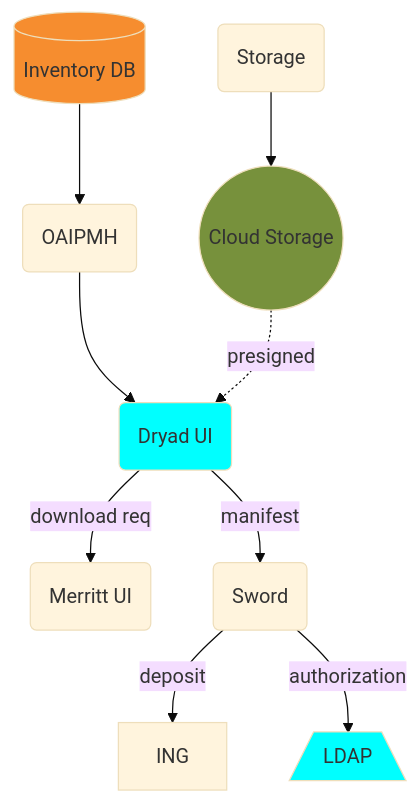
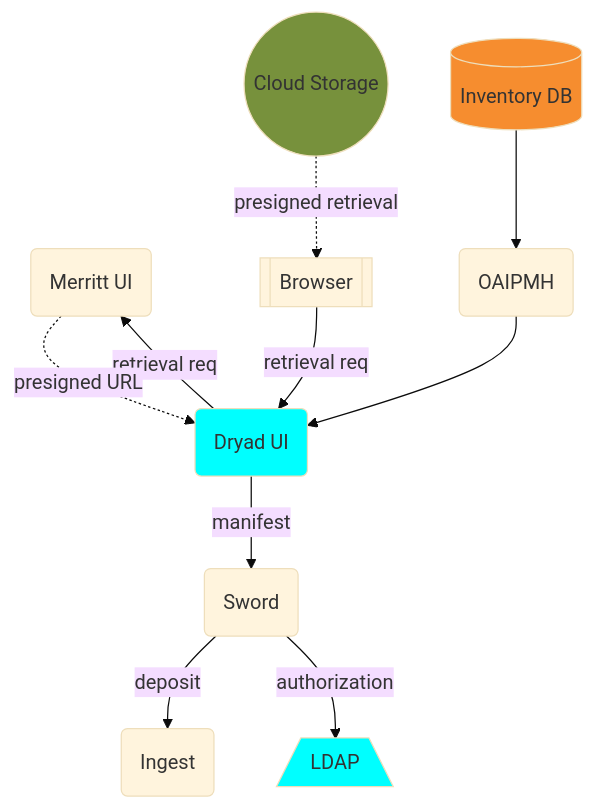
Before and after one commit to CDLUC3/mrt-doc: the diagram in diagrams/overview-dryad.mmd, drawn with Mermaid. The commit also changed 15 other files, not shown here.

Commit message:
diagram updates

```diff
--- a/diagrams/overview-dryad.mmd
+++ b/diagrams/overview-dryad.mmd
@@ -1,24 +1,26 @@
 %%{init: {'theme': 'base'}}%%
 graph TD
   UI(Merritt UI)
   DRYAD(Dryad UI)
   RDS[(Inventory DB)]
   CLOUD(("Cloud Storage"))
-  ST(Storage)
   LDAP[/LDAP\]
   SWORD(Sword)
+  BROWSER[[Browser]]
+  ING(Ingest)
 
-  DRYAD --> |download req| UI
+  BROWSER --> |retrieval req| DRYAD
+  DRYAD --> |retrieval req| UI
+  UI -.-> |presigned URL| DRYAD
   DRYAD --> |manifest| SWORD
   SWORD --> |deposit| ING
   SWORD --> |authorization| LDAP
   RDS --> OAI
   OAI(OAIPMH)
   OAI --> DRYAD
-  CLOUD -.-> |presigned| DRYAD
-  ST --> CLOUD
+  CLOUD -.-> |presigned retrieval| BROWSER
 
   style CLOUD fill:#77913C
   style RDS fill:#F68D2F
   style LDAP fill:cyan
   style DRYAD fill:cyan
```
